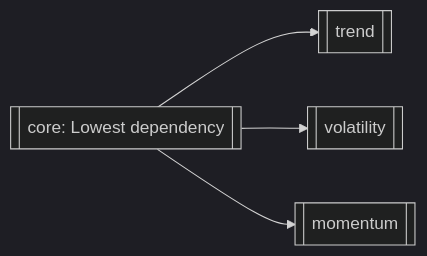
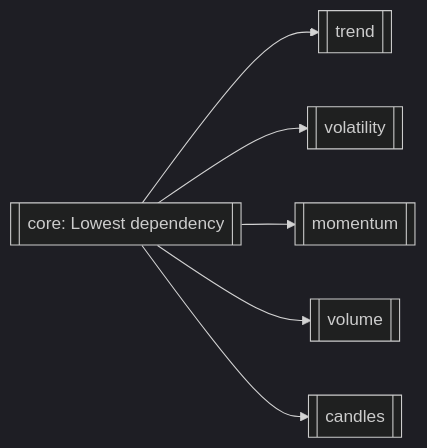
One commit to haruperi/HaruQuantAI changed the second of 7 diagrams in app/services/indicators/README.md. Above: the diagram before and after it, drawn with Mermaid (dark theme). The commit also changed other lines of this file and 157 other files, not shown here.

````diff
--- a/app/services/indicators/README.md
+++ b/app/services/indicators/README.md
@@ -187,11 +223,15 @@
 ```mermaid
 flowchart LR
     CORE[[core: Lowest dependency]]
     TREND[[trend]]
     VOL[[volatility]]
     MOM[[momentum]]
+    VOLU[[volume]]
+    CAN[[candles]]
 
     CORE --> TREND
     CORE --> VOL
     CORE --> MOM
+    CORE --> VOLU
+    CORE --> CAN
 ```
````
